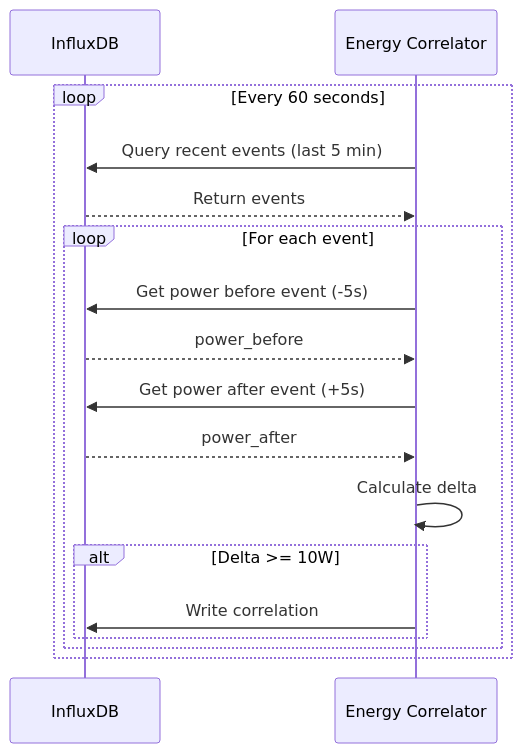
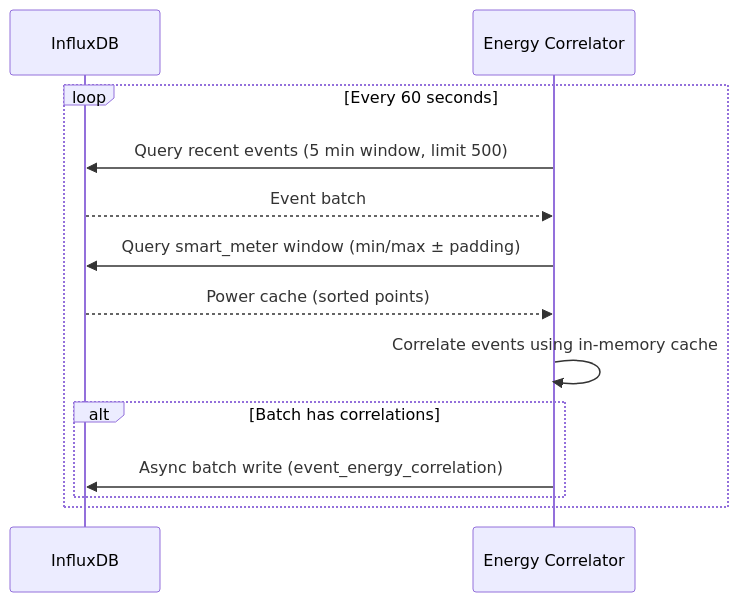
One commit to wtthornton/HomeIQ changed the diagram in services/energy-correlator/README.md. Above: the diagram before and after it, drawn with Mermaid. The commit also changed other lines of this file and 8 other files, not shown here.

````diff
--- a/services/energy-correlator/README.md
+++ b/services/energy-correlator/README.md
@@ -11,24 +11,19 @@
 ```mermaid
 sequenceDiagram
     participant INFLUX as InfluxDB
     participant CORRELATOR as Energy Correlator
     
     loop Every 60 seconds
-        CORRELATOR->>INFLUX: Query recent events (last 5 min)
-        INFLUX-->>CORRELATOR: Return events
+        CORRELATOR->>INFLUX: Query recent events (5 min window, limit 500)
+        INFLUX-->>CORRELATOR: Event batch
         
-        loop For each event
-            CORRELATOR->>INFLUX: Get power before event (-5s)
-            INFLUX-->>CORRELATOR: power_before
-            
-            CORRELATOR->>INFLUX: Get power after event (+5s)
-            INFLUX-->>CORRELATOR: power_after
-            
-            CORRELATOR->>CORRELATOR: Calculate delta
-            
-            alt Delta >= 10W
-                CORRELATOR->>INFLUX: Write correlation
-            end
+        CORRELATOR->>INFLUX: Query smart_meter window (min/max ± padding)
+        INFLUX-->>CORRELATOR: Power cache (sorted points)
+        
+        CORRELATOR->>CORRELATOR: Correlate events using in-memory cache
+        
+        alt Batch has correlations
+            CORRELATOR->>INFLUX: Async batch write (event_energy_correlation)
         end
     end
 ```
````
